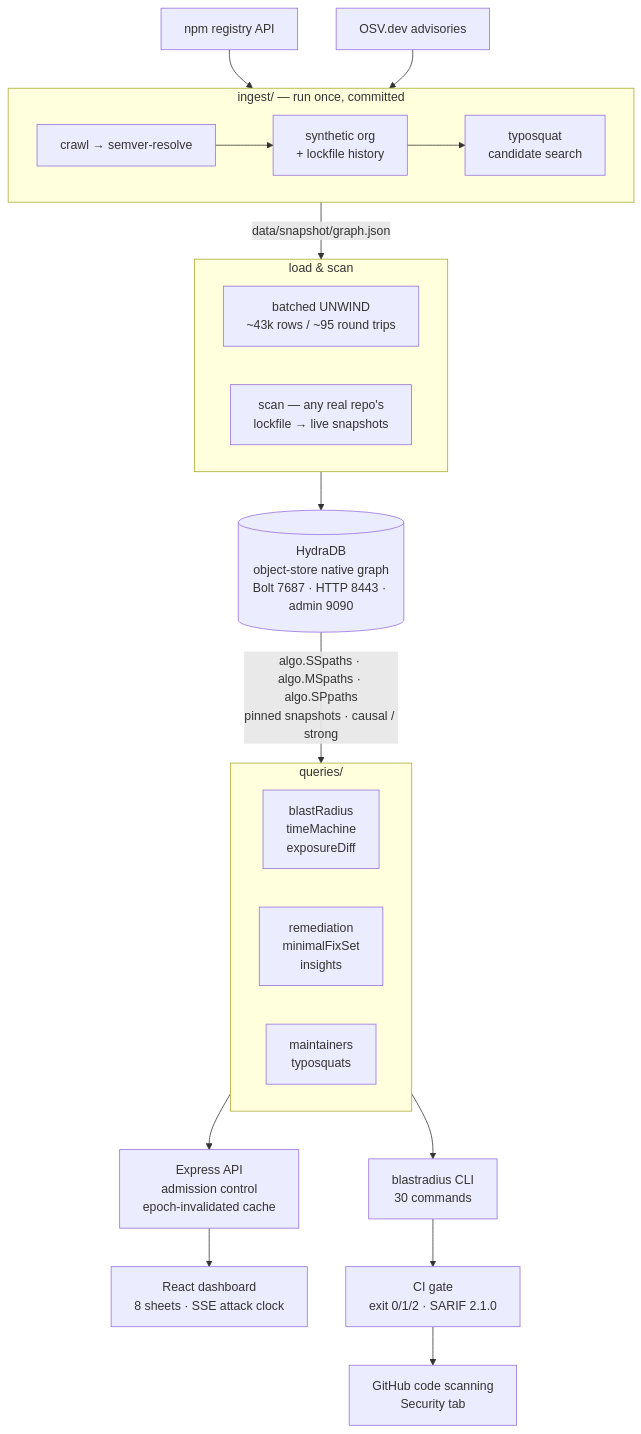
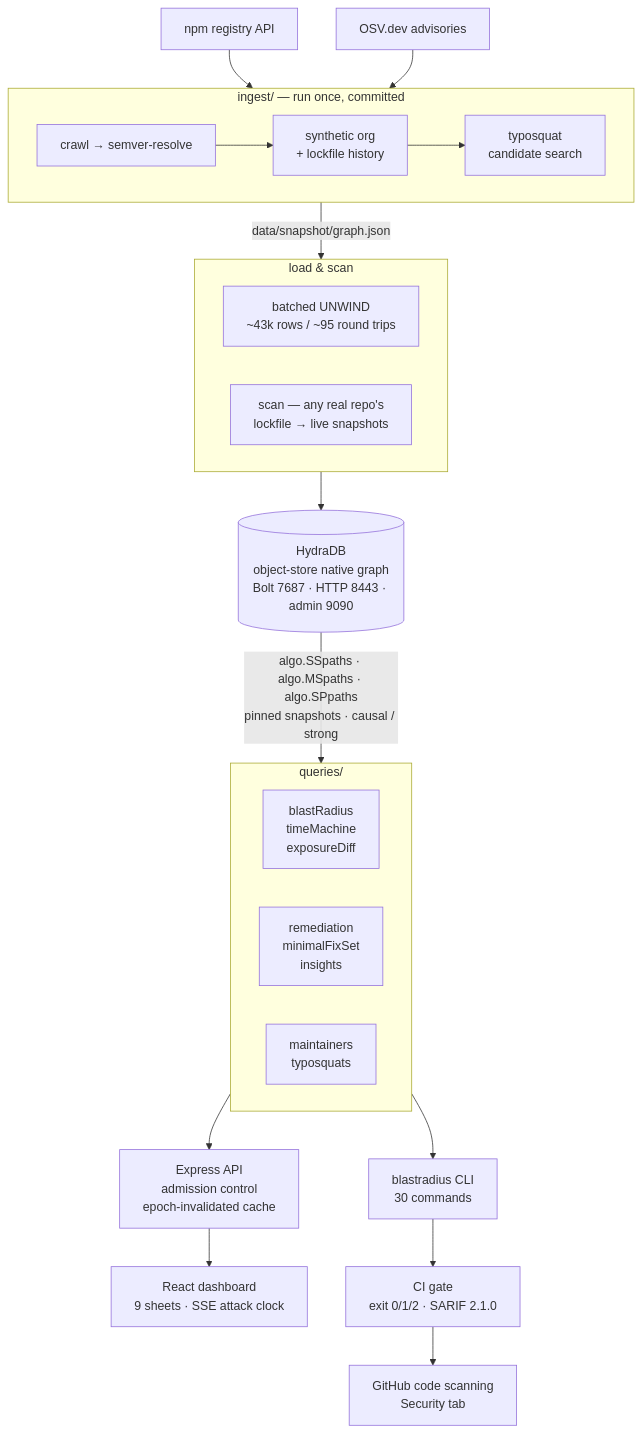
Before and after one commit to nickthelegend/blast-radius: the diagram in README.md, drawn with Mermaid. The commit also changed other lines of this file and 12 other files, not shown here.

````diff
--- a/README.md
+++ b/README.md
@@ -690,38 +696,38 @@
 ```mermaid
 flowchart TB
   npm["npm registry API"] --> ingest
   osv["OSV.dev advisories"] --> ingest
 
   subgraph ingest["ingest/ — run once, committed"]
     direction LR
     crawl["crawl → semver-resolve"] --> org["synthetic org<br/>+ lockfile history"] --> typo["typosquat<br/>candidate search"]
   end
 
   ingest -->|"data/snapshot/graph.json"| load
 
   subgraph load["load & scan"]
     direction LR
     loader["batched UNWIND<br/>~43k rows / ~95 round trips"]
     scan["scan — any real repo's<br/>lockfile → live snapshots"]
   end
 
   load --> hydra
 
   hydra[("HydraDB<br/>object-store native graph<br/>Bolt 7687 · HTTP 8443 · admin 9090")]
 
   hydra -->|"algo.SSpaths · algo.MSpaths · algo.SPpaths<br/>pinned snapshots · causal / strong"| queries
 
   subgraph queries["queries/"]
     direction LR
     q1["blastRadius<br/>timeMachine<br/>exposureDiff"]
     q2["remediation<br/>minimalFixSet<br/>insights"]
     q3["maintainers<br/>typosquats"]
   end
 
   queries --> cli["blastradius CLI<br/>30 commands"]
   queries --> api["Express API<br/>admission control<br/>epoch-invalidated cache"]
 
-  api --> dash["React dashboard<br/>8 sheets · SSE attack clock"]
+  api --> dash["React dashboard<br/>9 sheets · SSE attack clock"]
   cli --> gate["CI gate<br/>exit 0/1/2 · SARIF 2.1.0"]
   gate --> gh["GitHub code scanning<br/>Security tab"]
 ```
````
